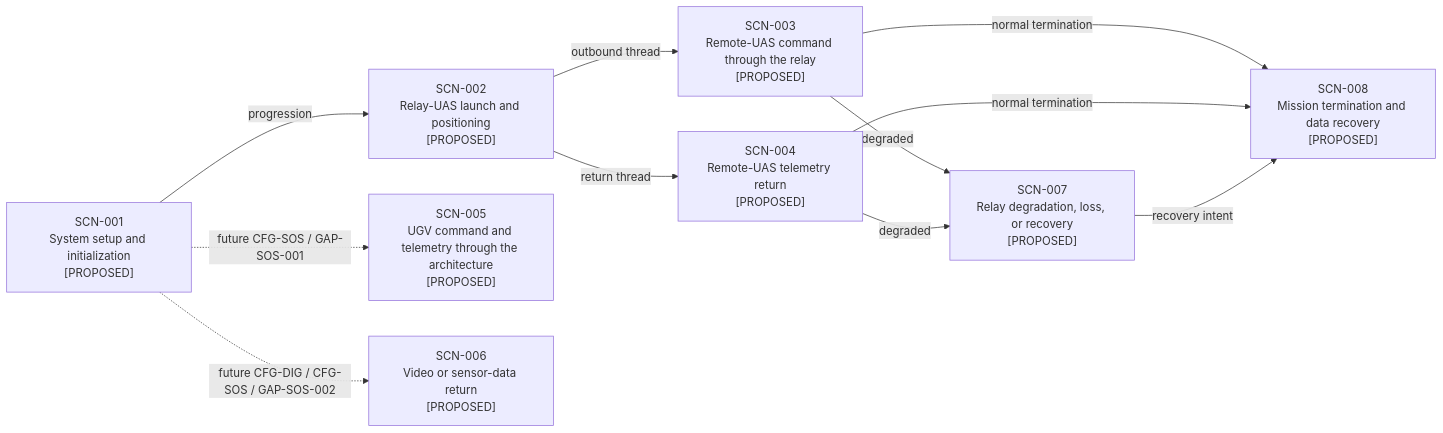
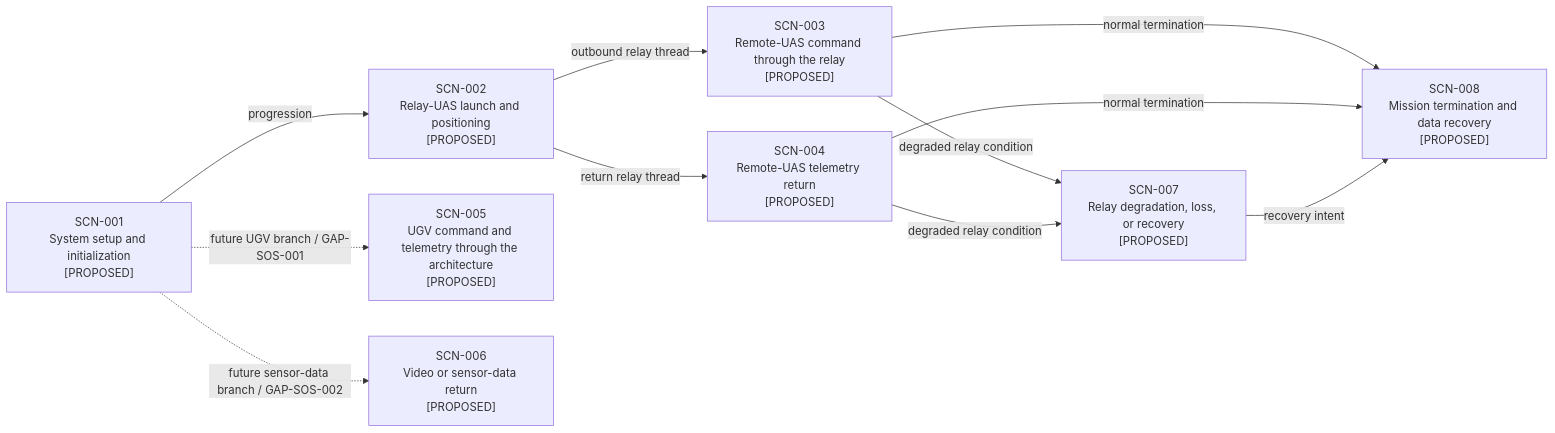
One commit to noahstephenson/low-cost-relay-uas changed diagram 16 of 22 in reports/architecture-views.md. Above: the diagram before and after it, drawn with Mermaid. The commit also changed other lines of this file and 11 other files, not shown here.

````diff
--- a/reports/architecture-views.md
+++ b/reports/architecture-views.md
@@ -361,22 +362,22 @@
 ```mermaid
 flowchart LR
     %% Configuration scope: CFG-REP / CFG-DOM current - CFG-DIG / CFG-SOS proposed branches
     SCN_001["SCN-001<br/>System setup and initialization<br/>[PROPOSED]"]
     SCN_002["SCN-002<br/>Relay-UAS launch and positioning<br/>[PROPOSED]"]
     SCN_003["SCN-003<br/>Remote-UAS command through the relay<br/>[PROPOSED]"]
     SCN_004["SCN-004<br/>Remote-UAS telemetry return<br/>[PROPOSED]"]
     SCN_005["SCN-005<br/>UGV command and telemetry through the architecture<br/>[PROPOSED]"]
     SCN_006["SCN-006<br/>Video or sensor-data return<br/>[PROPOSED]"]
     SCN_007["SCN-007<br/>Relay degradation, loss, or recovery<br/>[PROPOSED]"]
     SCN_008["SCN-008<br/>Mission termination and data recovery<br/>[PROPOSED]"]
     SCN_001 -->|"progression"| SCN_002
-    SCN_002 -->|"outbound thread"| SCN_003
-    SCN_002 -->|"return thread"| SCN_004
-    SCN_003 -->|"degraded"| SCN_007
-    SCN_004 -->|"degraded"| SCN_007
+    SCN_002 -->|"outbound relay thread"| SCN_003
+    SCN_002 -->|"return relay thread"| SCN_004
+    SCN_003 -->|"degraded relay condition"| SCN_007
+    SCN_004 -->|"degraded relay condition"| SCN_007
     SCN_003 -->|"normal termination"| SCN_008
     SCN_004 -->|"normal termination"| SCN_008
     SCN_007 -->|"recovery intent"| SCN_008
-    SCN_001 -.->|"future CFG-SOS / GAP-SOS-001"| SCN_005
-    SCN_001 -.->|"future CFG-DIG / CFG-SOS / GAP-SOS-002"| SCN_006
+    SCN_001 -.->|"future UGV branch / GAP-SOS-001"| SCN_005
+    SCN_001 -.->|"future sensor-data branch / GAP-SOS-002"| SCN_006
 ```
````
